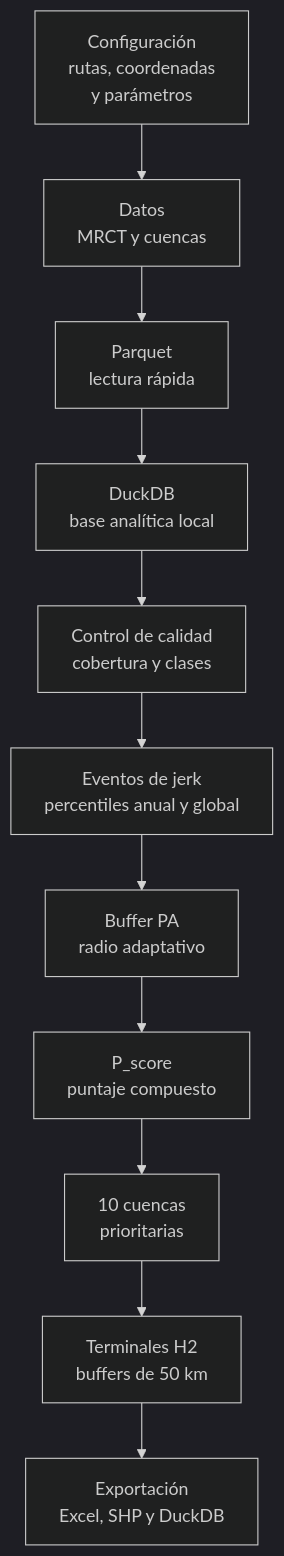
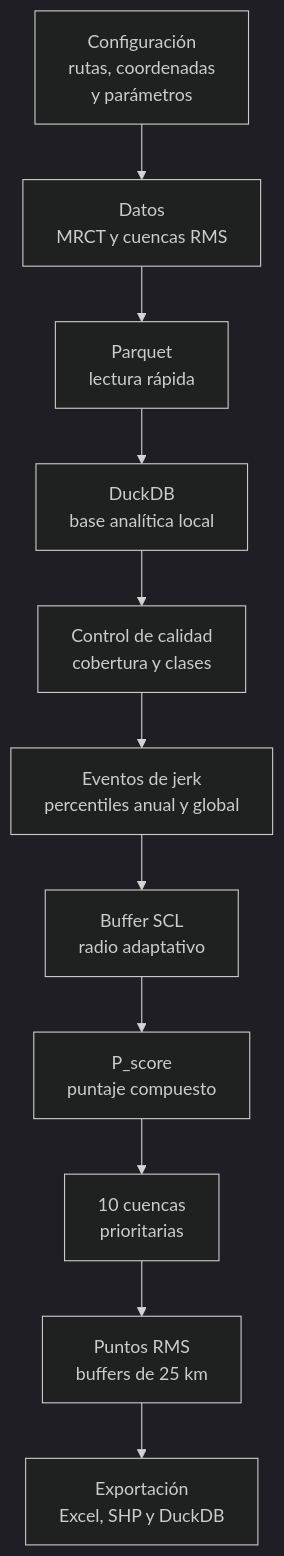
Before and after one commit to CIT-UAI/Book-MRCT-RM: the second of 3 diagrams in jerk.qmd, drawn with Mermaid (dark theme). The commit also changed other lines of this file and 153 other files, not shown here.

````diff
--- a/jerk.qmd
+++ b/jerk.qmd
@@ -78,15 +78,15 @@
 ```{mermaid}
 %%| label: fig-flujo-base-jerk
 %%| fig-cap: "Flujo lineal de construcción de la base analítica y productos de priorización."
 flowchart TB
-  config["Configuración<br/>rutas, coordenadas  <br/>y parámetros"] --> data["Datos<br/>MRCT y cuencas"]
+  config["Configuración<br/>rutas, coordenadas<br/>y parámetros"] --> data["Datos<br/>MRCT y cuencas RMS"]
   data --> parquet["Parquet<br/>lectura rápida"]
   parquet --> duck["DuckDB<br/>base analítica local"]
   duck --> qc["Control de calidad<br/>cobertura y clases"]
   qc --> events["Eventos de jerk<br/>percentiles anual y global"]
-  events --> buffer["Buffer PA<br/>radio adaptativo"]
+  events --> buffer["Buffer SCL<br/>radio adaptativo"]
   buffer --> score["P_score<br/>puntaje compuesto"]
   score --> top10["10 cuencas<br/>prioritarias"]
-  top10 --> terminals["Terminales H2<br/>buffers de 50 km"]
-  terminals --> export["Exportación<br/>Excel, SHP y DuckDB"]
+  top10 --> points["Puntos RMS<br/>buffers de 25 km"]
+  points --> export["Exportación<br/>Excel, SHP y DuckDB"]
 ```
````
